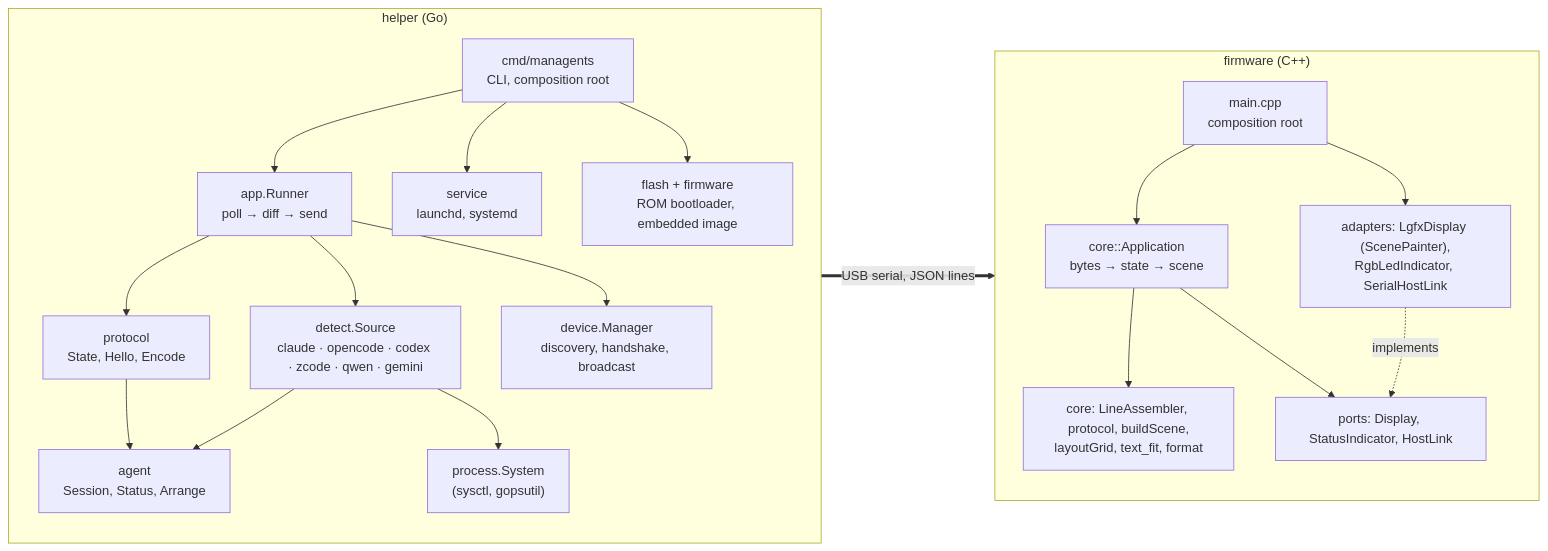
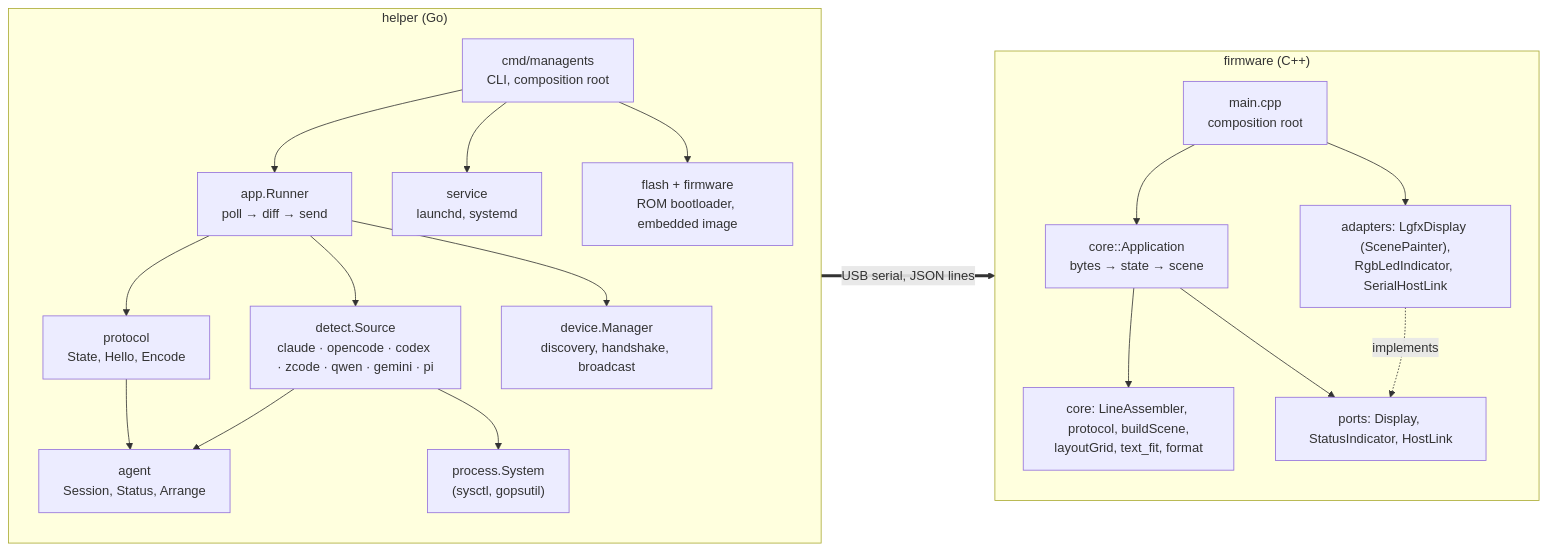
The first of 2 diagrams in docs/architecture.md (tonylook/managents), drawn with Mermaid before and after one commit. The commit also changed other lines of this file and 8 other files, not shown here.

````diff
--- a/docs/architecture.md
+++ b/docs/architecture.md
@@ -12,31 +12,31 @@
 ```mermaid
 flowchart LR
     subgraph helper["helper (Go)"]
         direction TB
         cmd["cmd/managents<br/>CLI, composition root"]
         appr["app.Runner<br/>poll → diff → send"]
-        detect["detect.Source<br/>claude · opencode · codex · zcode · qwen · gemini"]
+        detect["detect.Source<br/>claude · opencode · codex · zcode · qwen · gemini · pi"]
         agentd["agent<br/>Session, Status, Arrange"]
         proto["protocol<br/>State, Hello, Encode"]
         device["device.Manager<br/>discovery, handshake, broadcast"]
         procs["process.System<br/>(sysctl, gopsutil)"]
         svc["service<br/>launchd, systemd"]
         flash["flash + firmware<br/>ROM bootloader, embedded image"]
         cmd --> appr & svc & flash
         appr --> detect & proto & device
         detect --> agentd & procs
         proto --> agentd
     end
     subgraph firmware["firmware (C++)"]
         direction TB
         main["main.cpp<br/>composition root"]
         appc["core::Application<br/>bytes → state → scene"]
         corep["core: LineAssembler, protocol, buildScene,<br/>layoutGrid, text_fit, format"]
         ports["ports: Display, StatusIndicator, HostLink"]
         adapters["adapters: LgfxDisplay (ScenePainter),<br/>RgbLedIndicator, SerialHostLink"]
         main --> appc & adapters
         appc --> corep & ports
         adapters -. implements .-> ports
     end
     device == "USB serial, JSON lines" ==> main
 ```
````
